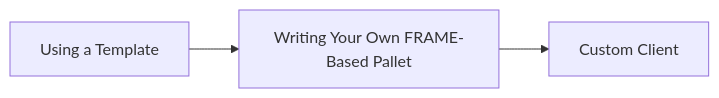
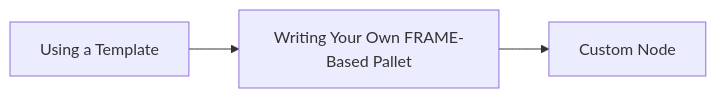
Before and after one commit to paritytech/polkadot-sdk: the diagram in docs/mermaid/substrate_dev.mmd, drawn with Mermaid. The commit also changed 30 other files, not shown here.

```diff
--- a/docs/mermaid/substrate_dev.mmd
+++ b/docs/mermaid/substrate_dev.mmd
@@ -1,2 +1,2 @@
 flowchart LR
-	T[Using a Template] --> P[Writing Your Own FRAME-Based Pallet] --> C[Custom Client]
+	T[Using a Template] --> P[Writing Your Own FRAME-Based Pallet] --> C[Custom Node]
```
